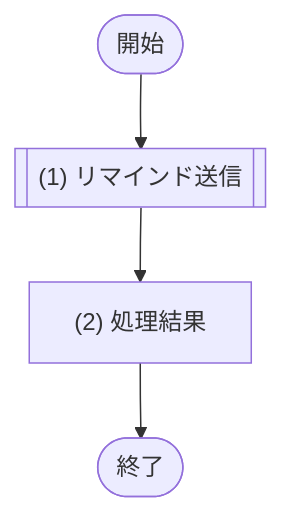
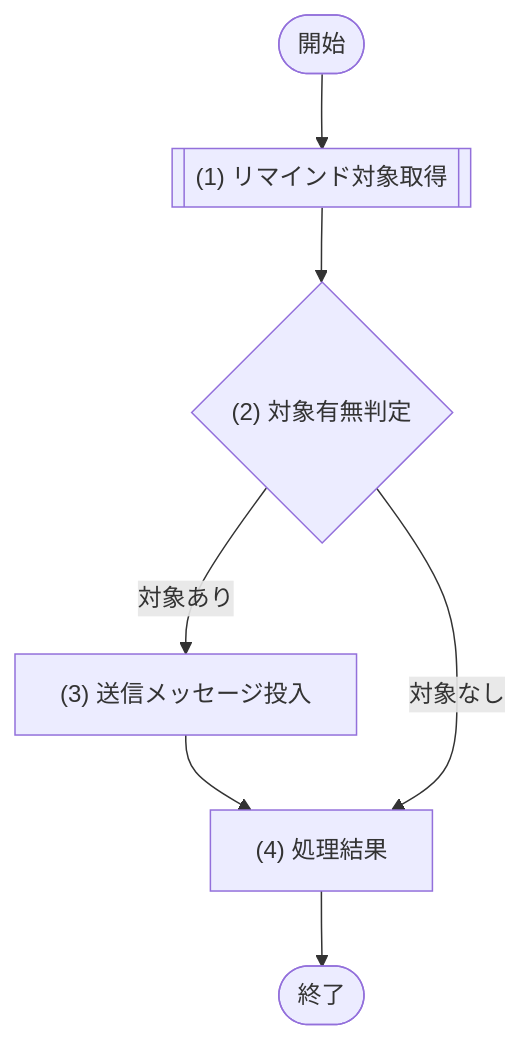
Before and after one commit to sikakou54/system-document-template: the diagram in docs/03_機能設計/05_JOB設計/JOB-001_予約リマインド通知.md, drawn with Mermaid. The commit also changed other lines of this file and 99 other files, not shown here.

````diff
--- a/docs/03_機能設計/05_JOB設計/JOB-001_予約リマインド通知.md
+++ b/docs/03_機能設計/05_JOB設計/JOB-001_予約リマインド通知.md
@@ -32,9 +32,13 @@
 ```mermaid
 flowchart TD
   Start([開始])
-  P1[["(1) リマインド送信"]]
-  P2["(2) 処理結果"]
+  P1[["(1) リマインド対象取得"]]
+  D1{"(2) 対象有無判定"}
+  P2["(3) 送信メッセージ投入"]
+  P3["(4) 処理結果"]
   End([終了])
 
-  Start --> P1 --> P2 --> End
+  Start --> P1 --> D1
+  D1 -- "対象あり" --> P2 --> P3 --> End
+  D1 -- "対象なし" --> P3
 ```
````
